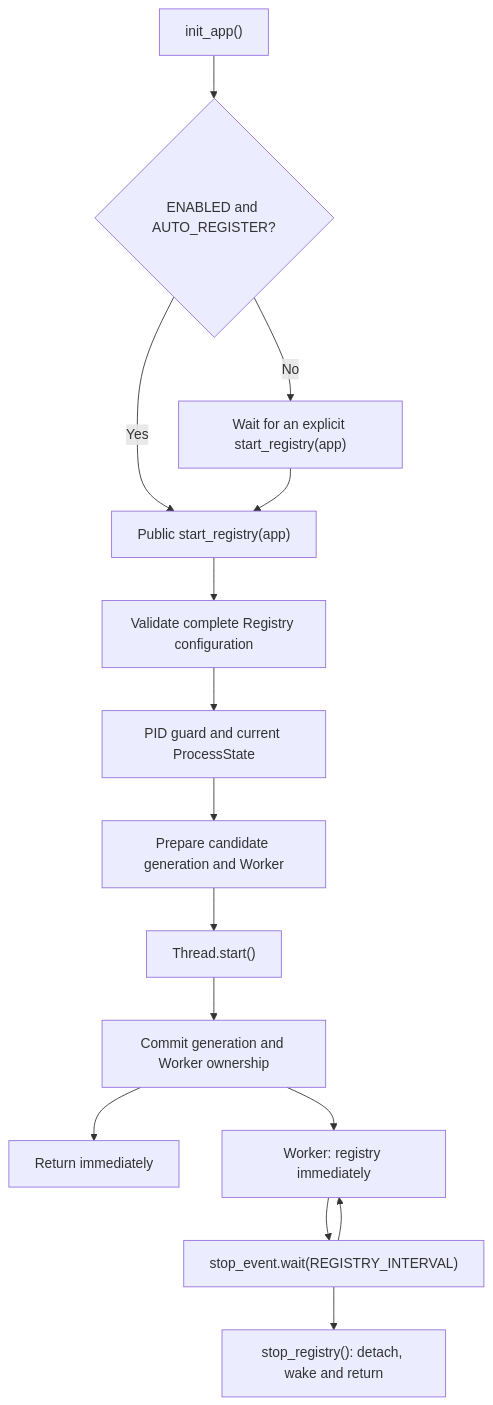
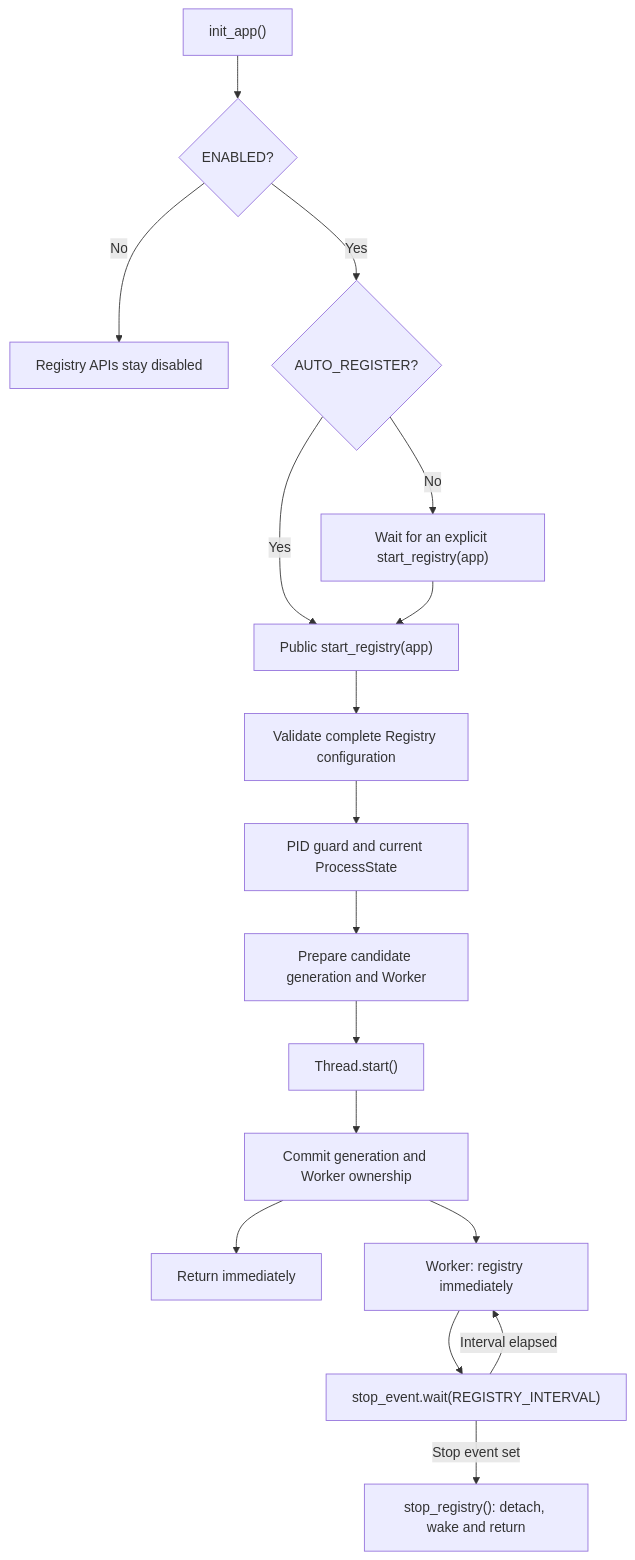
The second of 2 diagrams in docs/deployment.md (pumpkin-nbc/Flask-XXLJob), drawn with Mermaid before and after one commit. The commit also changed other lines of this file and 12 other files, not shown here.

````diff
--- a/docs/deployment.md
+++ b/docs/deployment.md
@@ -20,17 +23,19 @@
 ```mermaid
 flowchart TD
-    A["init_app()"] --> B{"ENABLED and AUTO_REGISTER?"}
-    B -->|"Yes"| C["Public start_registry(app)"]
-    B -->|"No"| D["Wait for an explicit start_registry(app)"]
-    D --> C
-    C --> E["Validate complete Registry configuration"]
-    E --> F["PID guard and current ProcessState"]
-    F --> G["Prepare candidate generation and Worker"]
-    G --> H["Thread.start()"]
-    H --> I["Commit generation and Worker ownership"]
-    I --> J["Return immediately"]
-    I --> K["Worker: registry immediately"]
-    K --> L["stop_event.wait(REGISTRY_INTERVAL)"]
-    L --> K
-    L --> M["stop_registry(): detach, wake and return"]
+    A["init_app()"] --> B{"ENABLED?"}
+    B -->|"No"| C["Registry APIs stay disabled"]
+    B -->|"Yes"| D{"AUTO_REGISTER?"}
+    D -->|"Yes"| E["Public start_registry(app)"]
+    D -->|"No"| F["Wait for an explicit start_registry(app)"]
+    F --> E
+    E --> G["Validate complete Registry configuration"]
+    G --> H["PID guard and current ProcessState"]
+    H --> I["Prepare candidate generation and Worker"]
+    I --> J["Thread.start()"]
+    J --> K["Commit generation and Worker ownership"]
+    K --> L["Return immediately"]
+    K --> M["Worker: registry immediately"]
+    M --> N["stop_event.wait(REGISTRY_INTERVAL)"]
+    N -->|"Interval elapsed"| M
+    N -->|"Stop event set"| O["stop_registry(): detach, wake and return"]
 ```
````
